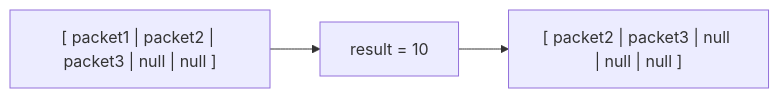
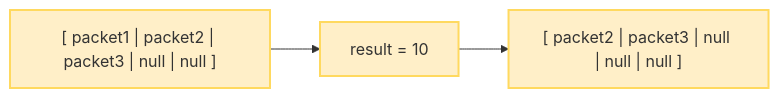
One commit to AIBE-STUDY/EFFECTIVE-JAVA changed the diagram in effective-java/section2/7.다쓴객체참조를해제하라.md. Above: the diagram before and after it, drawn with Mermaid. The commit also changed other lines of this file and 3 other files, not shown here.

````diff
--- a/effective-java/section2/7.다쓴객체참조를해제하라.md
+++ b/effective-java/section2/7.다쓴객체참조를해제하라.md
@@ -69,5 +94,9 @@
 ```mermaid
 flowchart LR
     A["[ packet1 | packet2 | packet3 | null | null ]"] --> B["result = 10"]
     B --> C["[ packet2 | packet3 | null | null | null ]"]
+
+    style A fill:#FFEFC8,stroke:#FFD95F,stroke-width:2px
+    style B fill:#FFEFC8,stroke:#FFD95F,stroke-width:2px
+    style C fill:#FFEFC8,stroke:#FFD95F,stroke-width:2px
 ```
````
